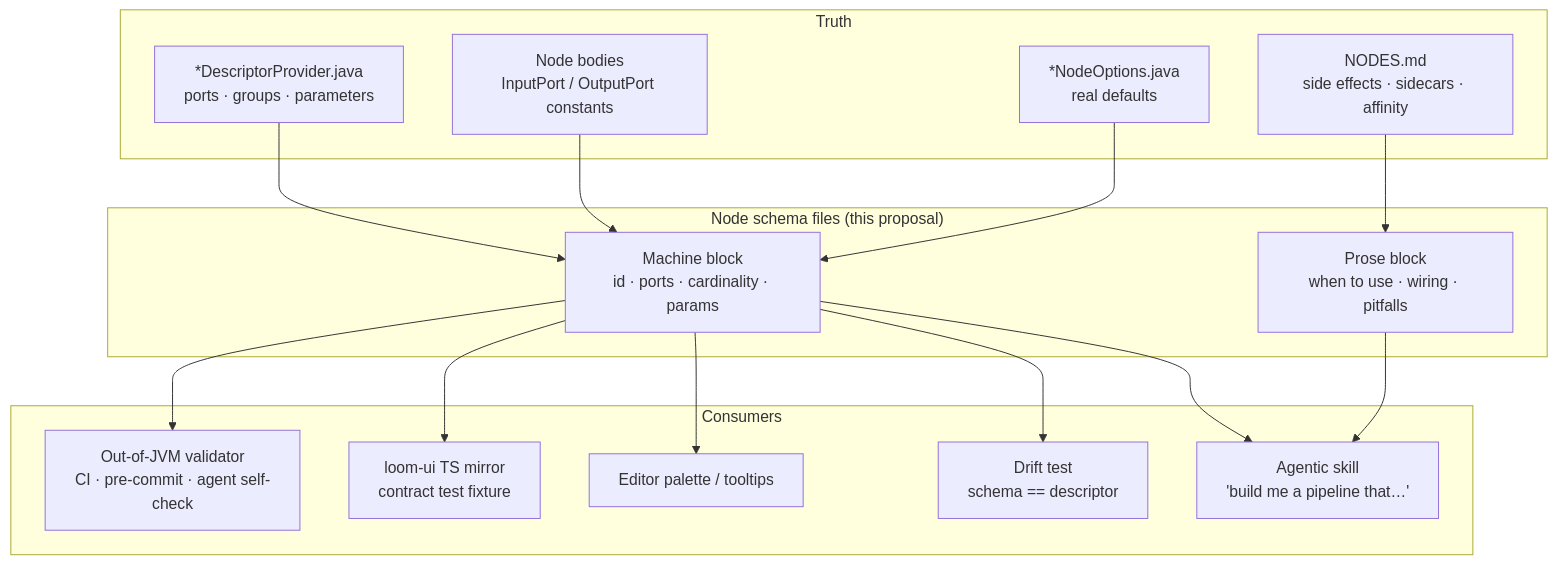
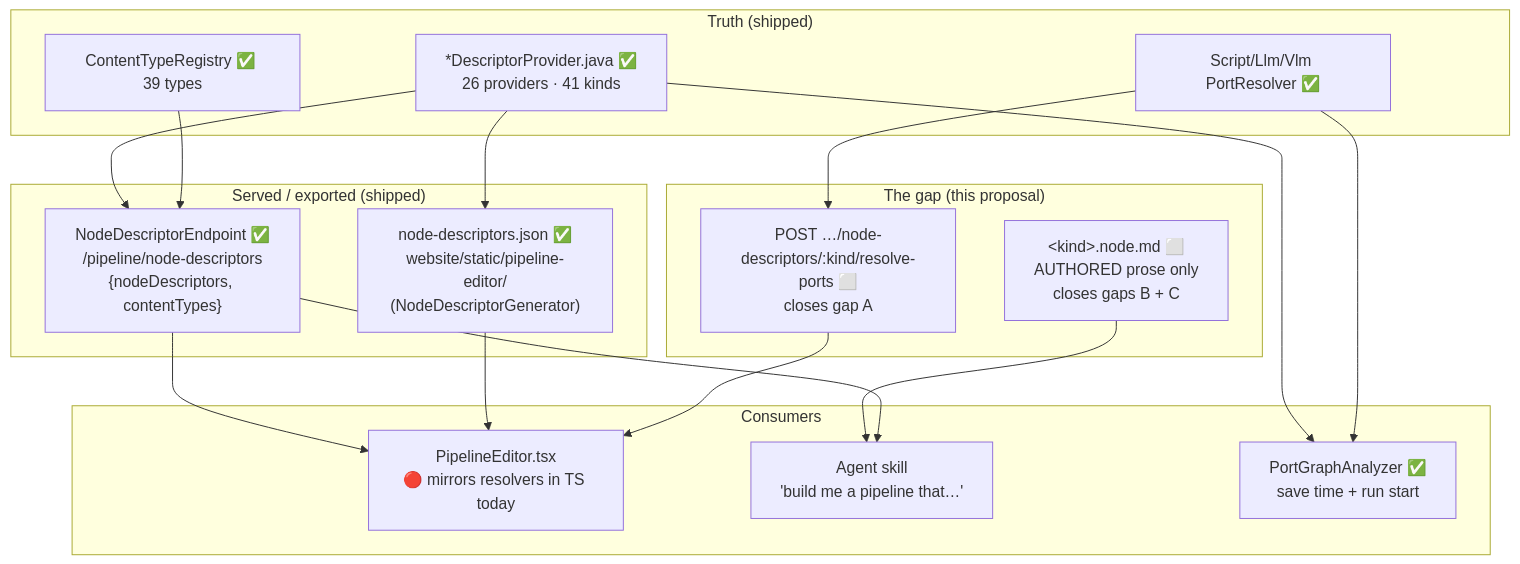
The diagram in spec/features/pipeline/NODE_SCHEMA_CONCEPT.md (metaloom/metaloom), drawn with Mermaid before and after one commit. The commit also changed other lines of this file and 53 other files, not shown here.

````diff
--- a/spec/features/pipeline/NODE_SCHEMA_CONCEPT.md
+++ b/spec/features/pipeline/NODE_SCHEMA_CONCEPT.md
@@ -55,30 +63,29 @@
 ```mermaid
 graph TB
-    subgraph SRC["Truth"]
-        DP["*DescriptorProvider.java<br/>ports · groups · parameters"]
-        NB["Node bodies<br/>InputPort / OutputPort constants"]
-        OPT["*NodeOptions.java<br/>real defaults"]
-        DOC["NODES.md<br/>side effects · sidecars · affinity"]
+    subgraph truth["Truth (shipped)"]
+        DP["*DescriptorProvider.java ✅<br/>26 providers · 41 kinds"]
+        RES["Script/Llm/Vlm PortResolver ✅"]
+        CTR["ContentTypeRegistry ✅ 39 types"]
     end
-    subgraph SCHEMA["Node schema files (this proposal)"]
-        CONTRACT["Machine block<br/>id · ports · cardinality · params"]
-        GUIDE["Prose block<br/>when to use · wiring · pitfalls"]
+    subgraph served["Served / exported (shipped)"]
+        EP["NodeDescriptorEndpoint ✅<br/>/pipeline/node-descriptors<br/>{nodeDescriptors, contentTypes}"]
+        SNAP["node-descriptors.json ✅<br/>website/static/pipeline-editor/<br/>(NodeDescriptorGenerator)"]
     end
-    subgraph CONS["Consumers"]
-        VAL["Out-of-JVM validator<br/>CI · pre-commit · agent self-check"]
-        TS["loom-ui TS mirror<br/>contract test fixture"]
-        AGENT["Agentic skill<br/>'build me a pipeline that…'"]
-        UIED["Editor palette / tooltips"]
-        DRIFT["Drift test<br/>schema == descriptor"]
+    subgraph gap["The gap (this proposal)"]
+        RP["POST …/node-descriptors/:kind/resolve-ports ⬜<br/>closes gap A"]
+        CARD["&lt;kind&gt;.node.md ⬜<br/>AUTHORED prose only<br/>closes gaps B + C"]
     end
-    DP --> CONTRACT
-    NB --> CONTRACT
-    OPT --> CONTRACT
-    DOC --> GUIDE
-    CONTRACT --> VAL
-    CONTRACT --> TS
-    CONTRACT --> UIED
-    CONTRACT --> DRIFT
-    GUIDE --> AGENT
-    CONTRACT --> AGENT
+    subgraph cons["Consumers"]
+        UI["PipelineEditor.tsx<br/>🔴 mirrors resolvers in TS today"]
+        AG["Agent skill<br/>'build me a pipeline that…'"]
+        VAL["PortGraphAnalyzer ✅<br/>save time + run start"]
+    end
+    DP --> EP --> UI
+    DP --> SNAP --> UI
+    RES --> RP --> UI
+    CTR --> EP
+    DP --> VAL
+    RES --> VAL
+    CARD --> AG
+    EP --> AG
 ```
````
